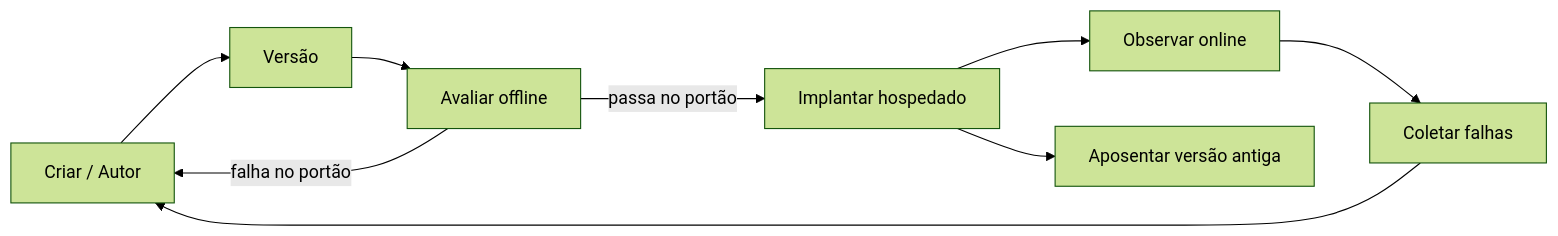
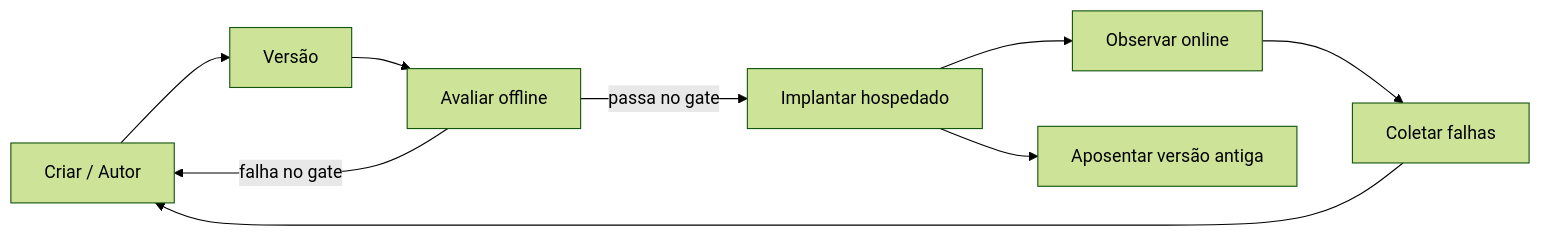
Before and after one commit to gabrielmoreira/agent-skills-mirror: the second of 4 diagrams in mirrors/repos/microsoft@ai-agents-for-beginners/translations/pt-BR/16-deploying-scalable-agents/README.md, drawn with Mermaid (forest theme). The commit also changed other lines of this file and 4262 other files, not shown here.

````diff
--- a/mirrors/repos/microsoft@ai-agents-for-beginners/translations/pt-BR/16-deploying-scalable-agents/README.md
+++ b/mirrors/repos/microsoft@ai-agents-for-beginners/translations/pt-BR/16-deploying-scalable-agents/README.md
@@ -108,11 +108,11 @@
 ```mermaid
 flowchart LR
     Create[Criar / Autor] --> Version[Versão]
     Version --> Evaluate[Avaliar offline]
-    Evaluate -->|passa no portão| Deploy[Implantar hospedado]
-    Evaluate -->|falha no portão| Create
+    Evaluate -->|passa no gate| Deploy[Implantar hospedado]
+    Evaluate -->|falha no gate| Create
     Deploy --> Observe[Observar online]
     Observe --> Improve[Coletar falhas]
     Improve --> Create
     Deploy --> Retire[Aposentar versão antiga]
 ```
````
